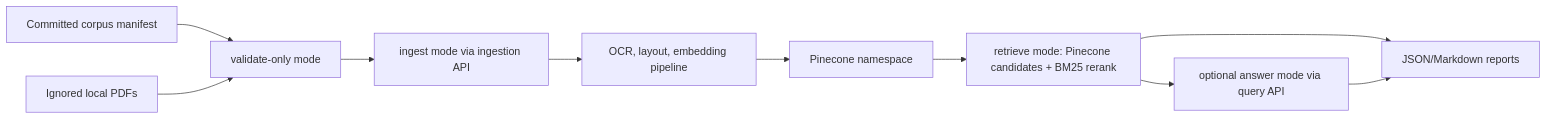
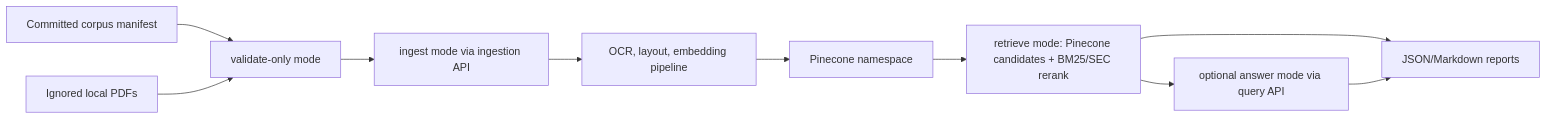
The fifth of 7 diagrams in docs/architecture.md (Rares8921/enterprise-multimodal-rag-platform), drawn with Mermaid before and after one commit. The commit also changed other lines of this file and 5 other files, not shown here.

````diff
--- a/docs/architecture.md
+++ b/docs/architecture.md
@@ -101,12 +101,12 @@
 ```mermaid
 flowchart LR
   M["Committed corpus manifest"] --> V["validate-only mode"]
   P["Ignored local PDFs"] --> V
   V --> I["ingest mode via ingestion API"]
   I --> Pipe["OCR, layout, embedding pipeline"]
   Pipe --> PC["Pinecone namespace"]
-  PC --> R["retrieve mode: Pinecone candidates + BM25 rerank"]
+  PC --> R["retrieve mode: Pinecone candidates + BM25/SEC rerank"]
   R --> A["optional answer mode via query API"]
   R --> Reports["JSON/Markdown reports"]
   A --> Reports
 ```
````
